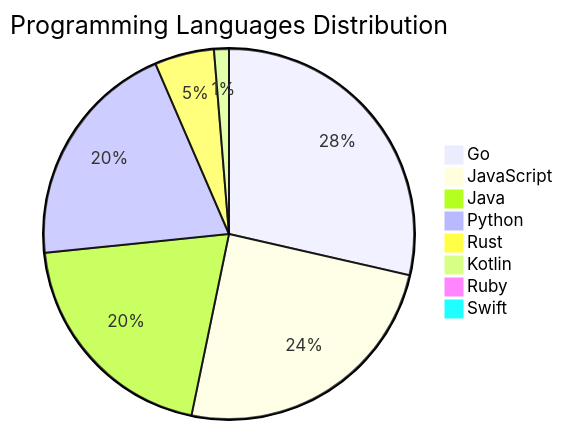
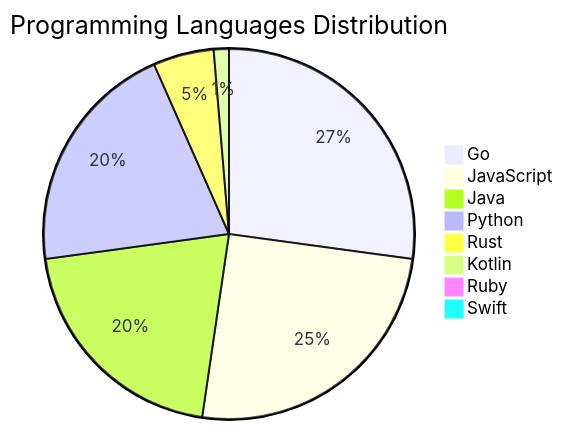
One commit to Derrick-MUGISHA/github-activity-bot changed the diagram in README.md. Above: the diagram before and after it, drawn with Mermaid. The commit also changed other lines of this file and 4 other files, not shown here.

````diff
--- a/README.md
+++ b/README.md
@@ -208,11 +208,11 @@
 ```mermaid
 pie title Programming Languages Distribution
-    "Go" : 44
+    "Go" : 41
     "JavaScript" : 38
     "Java" : 31
     "Python" : 31
     "Rust" : 8
     "Kotlin" : 2
     "Ruby" : 1
     "Swift" : 1
 ```
````
